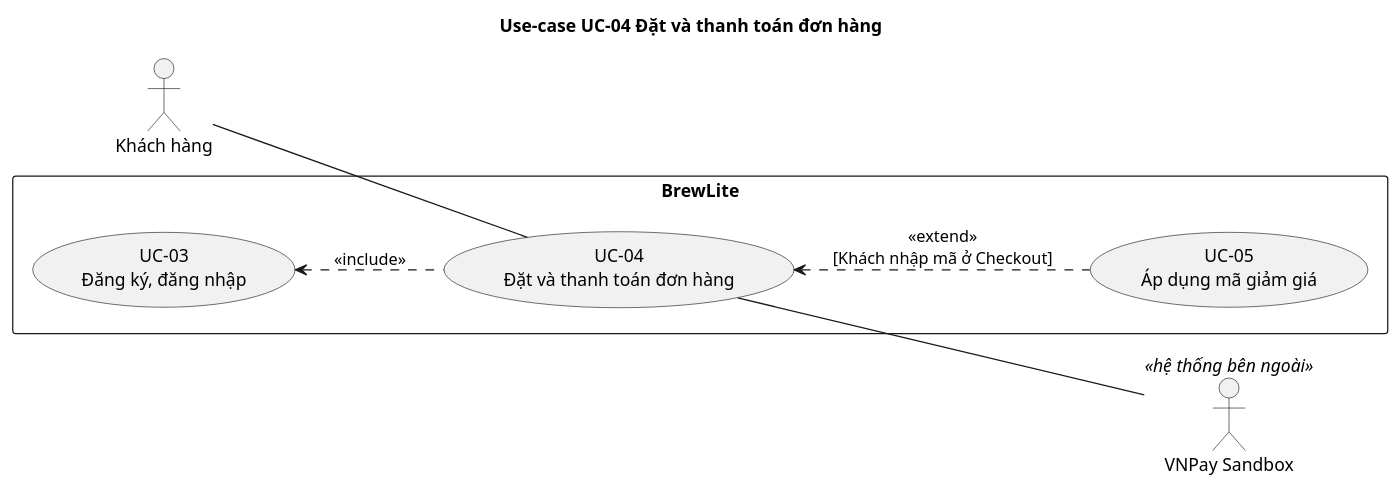
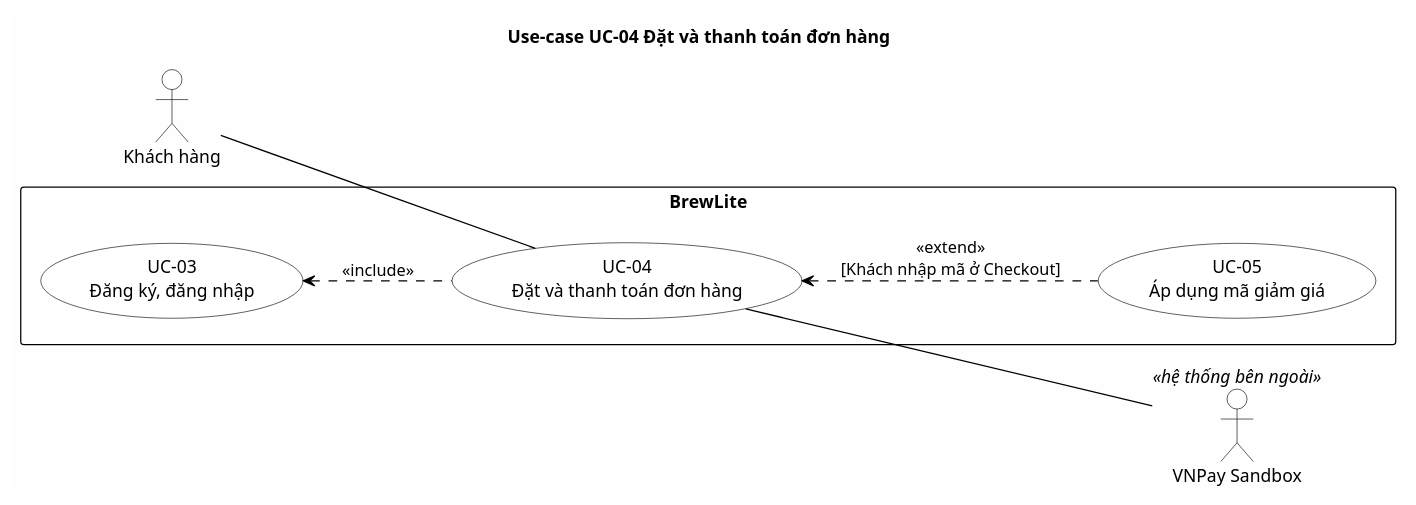
One commit to phi10hung/brewlite-ass2 changed the diagram in docs/requirements/usecase-uc04.puml. Above: the diagram before and after it, drawn with PlantUML. The commit also changed 3 other files, not shown here.

```diff
--- a/docs/requirements/usecase-uc04.puml
+++ b/docs/requirements/usecase-uc04.puml
@@ -1,23 +1,31 @@
 @startuml usecase-uc04
 title Use-case UC-04 Đặt và thanh toán đơn hàng
 left to right direction
 skinparam shadowing false
+skinparam backgroundColor #FEFEFE
+skinparam ArrowColor black
+skinparam ActorBackgroundColor white
+skinparam ActorBorderColor black
+skinparam UsecaseBackgroundColor white
+skinparam UsecaseBorderColor black
+skinparam RectangleBackgroundColor white
+skinparam RectangleBorderColor black
 skinparam defaultFontName SansSerif
 
 actor "Khách hàng" as Customer
 actor "VNPay Sandbox" as VNPay <<hệ thống bên ngoài>>
 
 rectangle "BrewLite" {
   usecase "UC-03\nĐăng ký, đăng nhập" as UC03
   usecase "UC-04\nĐặt và thanh toán đơn hàng" as UC04
   usecase "UC-05\nÁp dụng mã giảm giá" as UC05
 }
 
 Customer -- UC04
 UC04 -- VNPay
 
 ' Viết ngược chiều để 3 use-case nằm trên một hàng;
 ' mũi tên vẫn đi từ UC-04 tới UC-03 và từ UC-05 tới UC-04
 UC03 <.. UC04 : <<include>>
 UC04 <.. UC05 : <<extend>>\n[Khách nhập mã ở Checkout]
 @enduml
```
